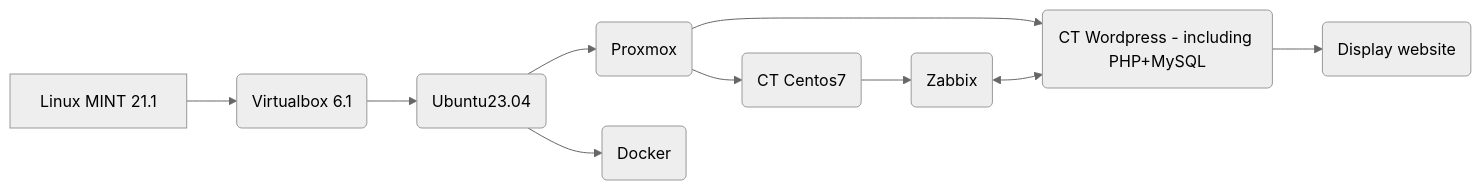
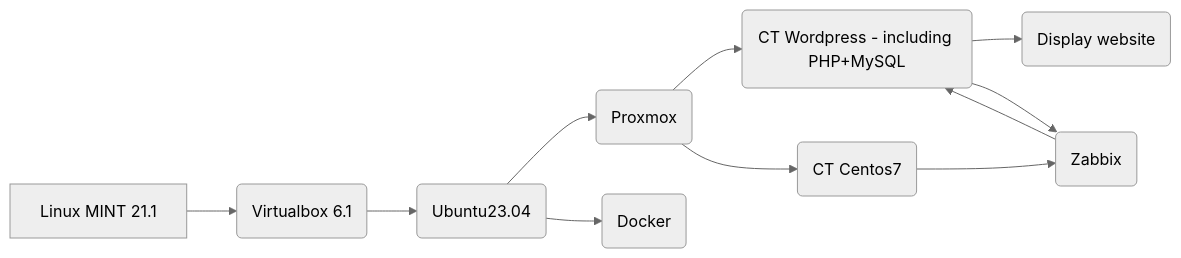
Before and after one commit to DanyAAD90/DevOps_junior_Wordpress: the diagram in Project.md, drawn with Mermaid (neutral theme).

````diff
--- a/Project.md
+++ b/Project.md
@@ -3,12 +3,13 @@
 ```mermaid
 graph LR
 A[Linux MINT 21.1] --> B(Virtualbox 6.1)
 B --> C(Ubuntu23.04)
 C --> D(Proxmox)
 D --> E(CT Wordpress - including PHP+MySQL)
 E --> G(Display website)
 C --> F(Docker)
 D --> H(CT Centos7)
 H --> I(Zabbix)
-I <--> E
+I --> E
+E --> I
 ```
````
